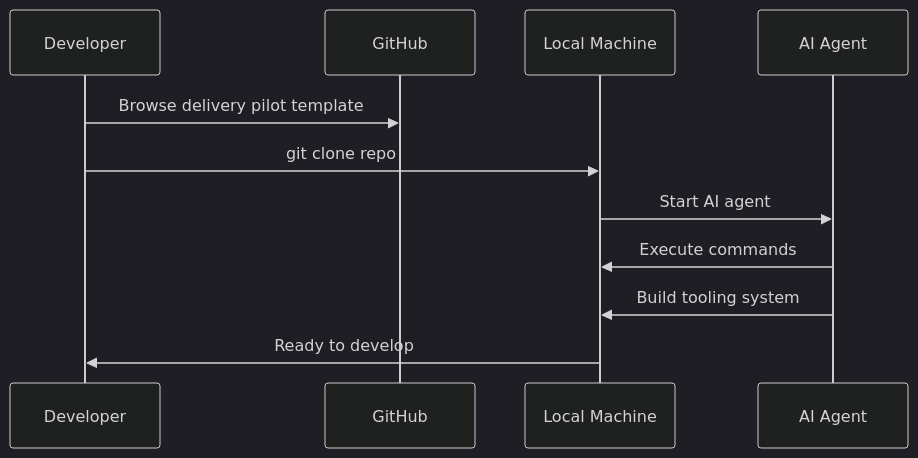
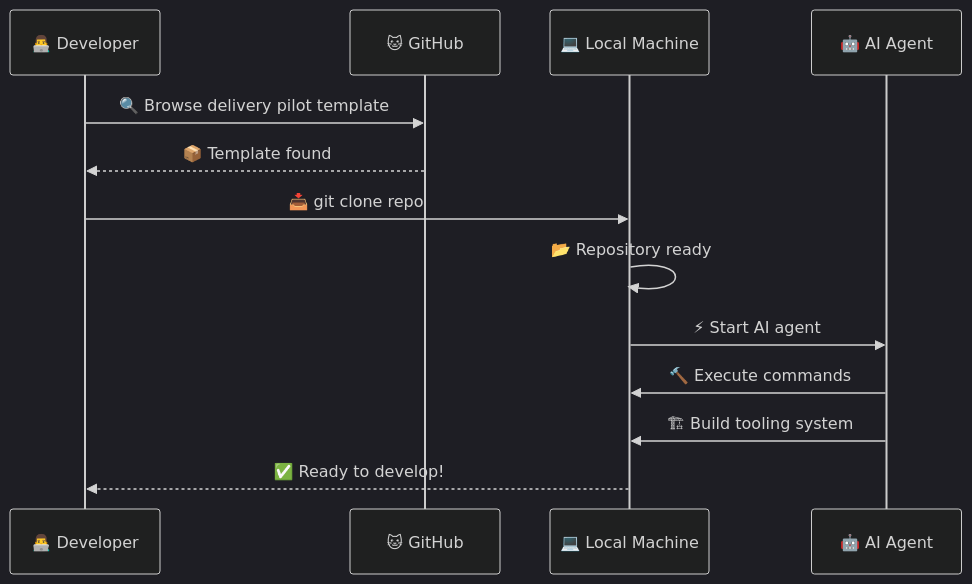
Before and after one commit to rifaterdemsahin/fal.ai: the diagram in 3_Simulation/2026-02-15/output/diagram_MM_04_scene_4_-_the_clone_lab.md, drawn with Mermaid (dark theme). The commit also changed other lines of this file and 22 other files, not shown here.

Commit message:
diagram with images

````diff
--- a/3_Simulation/2026-02-15/output/diagram_MM_04_scene_4_-_the_clone_lab.md
+++ b/3_Simulation/2026-02-15/output/diagram_MM_04_scene_4_-_the_clone_lab.md
@@ -6,14 +7,16 @@
 ```mermaid
 sequenceDiagram
-    participant Dev as Developer
-    participant GH as GitHub
-    participant Local as Local Machine
-    participant Agent as AI Agent
+    participant Dev as 👨‍💻 Developer
+    participant GH as 🐱 GitHub
+    participant Local as 💻 Local Machine
+    participant Agent as 🤖 AI Agent
 
-    Dev->>GH: Browse delivery pilot template
-    Dev->>Local: git clone repo
-    Local->>Agent: Start AI agent
-    Agent->>Local: Execute commands
-    Agent->>Local: Build tooling system
-    Local->>Dev: Ready to develop
+    Dev->>GH: 🔍 Browse delivery pilot template
+    GH-->>Dev: 📦 Template found
+    Dev->>Local: 📥 git clone repo
+    Local->>Local: 📂 Repository ready
+    Local->>Agent: ⚡ Start AI agent
+    Agent->>Local: 🔨 Execute commands
+    Agent->>Local: 🏗 Build tooling system
+    Local-->>Dev: ✅ Ready to develop!
 ```
````
